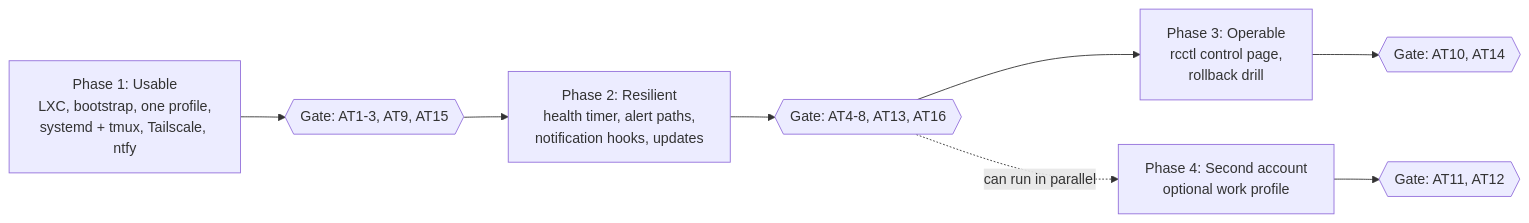
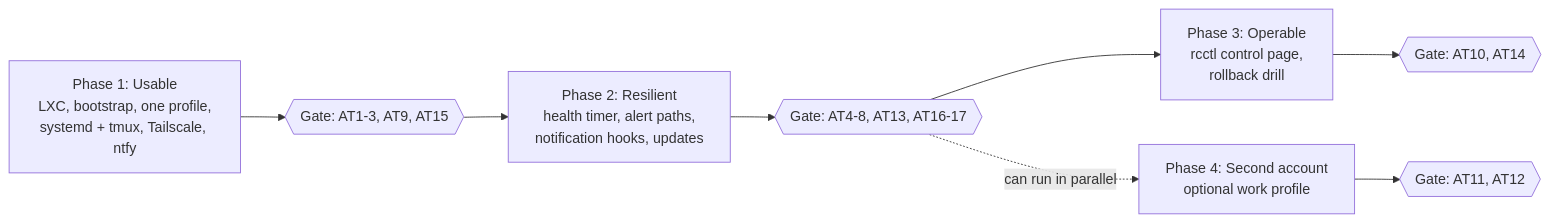
One commit to andy-wilson/claude-gw changed the third of 3 diagrams in docs/design.md. Above: the diagram before and after it, drawn with Mermaid. The commit also changed other lines of this file and 3 other files, not shown here.

````diff
--- a/docs/design.md
+++ b/docs/design.md
@@ -275,13 +289,13 @@
 ```mermaid
 flowchart LR
   p1["Phase 1: Usable<br/>LXC, bootstrap, one profile,<br/>systemd + tmux, Tailscale, ntfy"]
   g1{{"Gate: AT1-3, AT9, AT15"}}
   p2["Phase 2: Resilient<br/>health timer, alert paths,<br/>notification hooks, updates"]
-  g2{{"Gate: AT4-8, AT13, AT16"}}
+  g2{{"Gate: AT4-8, AT13, AT16-17"}}
   p3["Phase 3: Operable<br/>rcctl control page,<br/>rollback drill"]
   g3{{"Gate: AT10, AT14"}}
   p4["Phase 4: Second account<br/>optional work profile"]
   g4{{"Gate: AT11, AT12"}}
   p1 --> g1 --> p2 --> g2 --> p3 --> g3
   g2 -. can run in parallel .-> p4 --> g4
 ```
````
